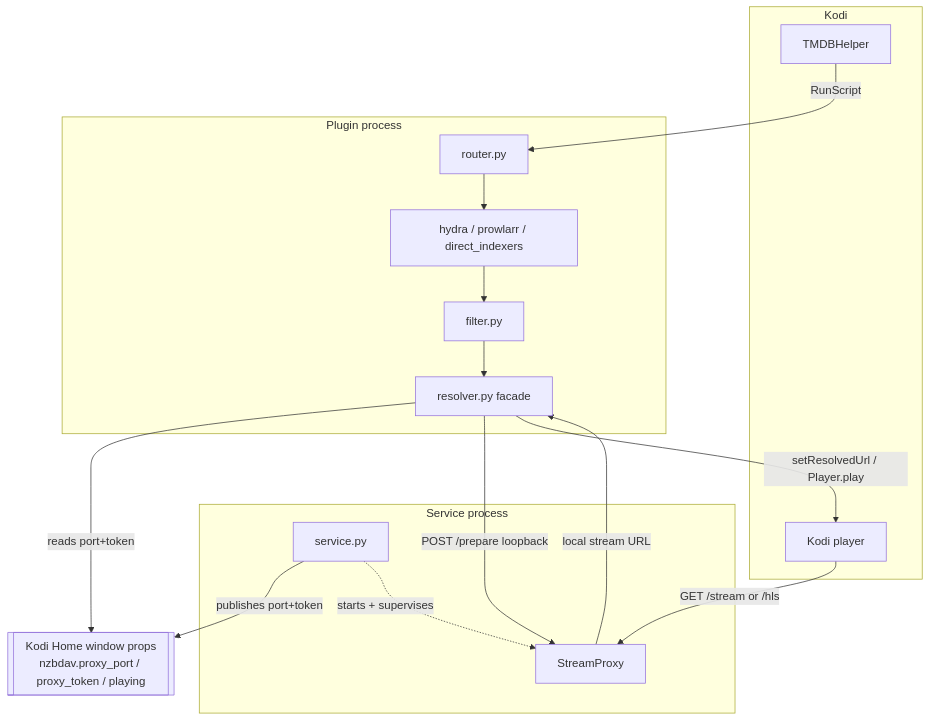
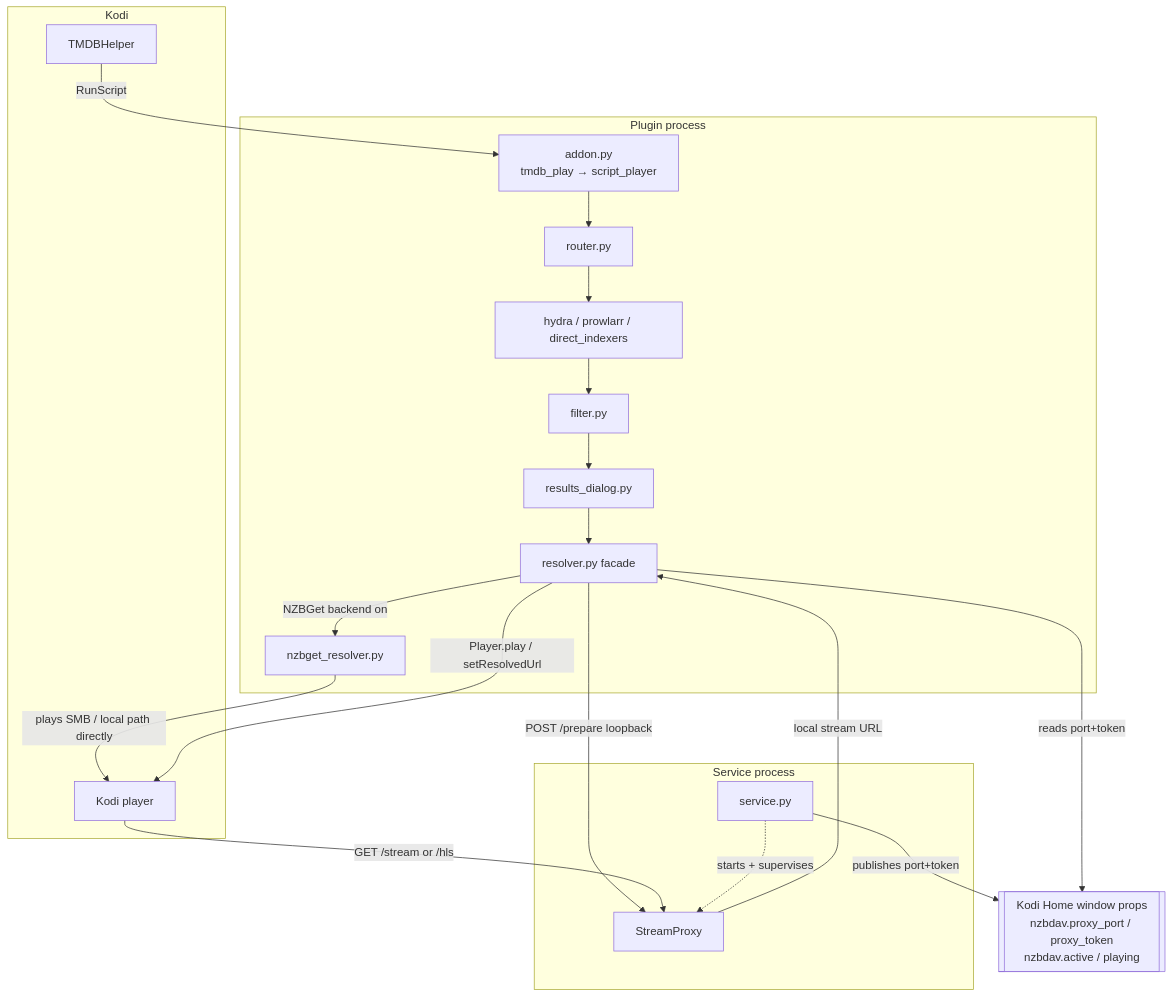
One commit to Appz4Fun/nzbdavkodi changed the first of 3 diagrams in docs-site/how-it-works/architecture.md. Above: the diagram before and after it, drawn with Mermaid. The commit also changed other lines of this file and 38 other files, not shown here.

````diff
--- a/docs-site/how-it-works/architecture.md
+++ b/docs-site/how-it-works/architecture.md
@@ -20,31 +24,36 @@
 ```mermaid
 flowchart TB
     subgraph Kodi
         TMDB[TMDBHelper]
         Player[Kodi player]
     end
 
     subgraph Plugin process
+        Entry[addon.py<br/>tmdb_play → script_player]
         Router[router.py]
-        Resolver[resolver.py facade]
         Search[hydra / prowlarr / direct_indexers]
         Filter[filter.py]
+        Picker[results_dialog.py]
+        Resolver[resolver.py facade]
+        NZBGet[nzbget_resolver.py]
     end
 
     subgraph Service process
         Service[service.py]
         Proxy[StreamProxy]
     end
 
-    HW[[Kodi Home window props<br/>nzbdav.proxy_port / proxy_token / playing]]
+    HW[[Kodi Home window props<br/>nzbdav.proxy_port / proxy_token<br/>nzbdav.active / playing]]
 
-    TMDB -->|RunScript| Router
-    Router --> Search --> Filter --> Resolver
+    TMDB -->|RunScript| Entry --> Router
+    Router --> Search --> Filter --> Picker --> Resolver
+    Resolver -->|NZBGet backend on| NZBGet
+    NZBGet -->|plays SMB / local path directly| Player
     Resolver -->|reads port+token| HW
     Service -->|publishes port+token| HW
     Resolver -->|POST /prepare loopback| Proxy
     Proxy -->|local stream URL| Resolver
-    Resolver -->|setResolvedUrl / Player.play| Player
+    Resolver -->|Player.play / setResolvedUrl| Player
     Player -->|GET /stream or /hls| Proxy
     Service -.starts + supervises.-> Proxy
 ```
````
